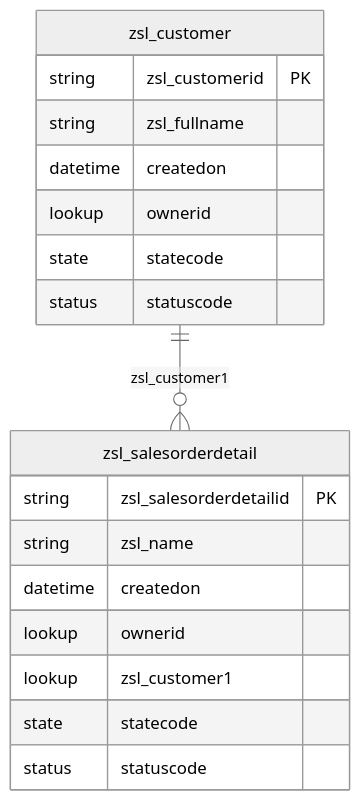
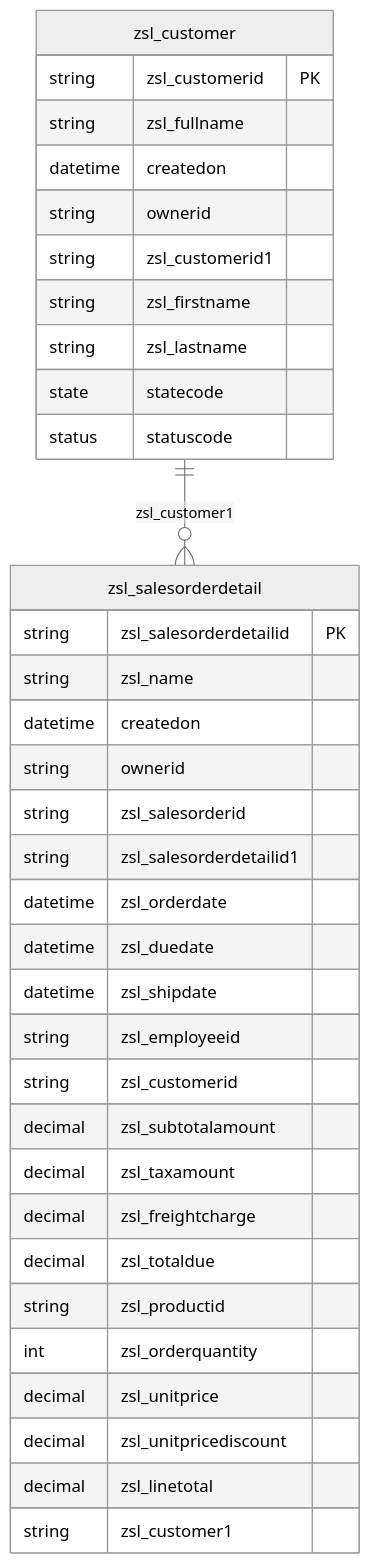
One commit to DeltaSoul/bizz-summit-2026-alm-ai-demo changed the first of 2 diagrams in src/solutions/TestSolution1/TECHNICAL_SPEC.md. Above: the diagram before and after it, drawn with Mermaid (neutral theme). The commit also changed other lines of this file and 1 other file, not shown here.

````diff
--- a/src/solutions/TestSolution1/TECHNICAL_SPEC.md
+++ b/src/solutions/TestSolution1/TECHNICAL_SPEC.md
@@ -17,23 +17,40 @@
 ```mermaid
 erDiagram
   zsl_customer {
     string zsl_customerid PK
     string zsl_fullname
     datetime createdon
-    lookup ownerid
+    string ownerid
+    string zsl_customerid1
+    string zsl_firstname
+    string zsl_lastname
     state statecode
     status statuscode
   }
-  
+
   zsl_salesorderdetail {
     string zsl_salesorderdetailid PK
     string zsl_name
     datetime createdon
-    lookup ownerid
-    lookup zsl_customer1
-    state statecode
-    status statuscode
+    string ownerid
+    string zsl_salesorderid
+    string zsl_salesorderdetailid1
+    datetime zsl_orderdate
+    datetime zsl_duedate
+    datetime zsl_shipdate
+    string zsl_employeeid
+    string zsl_customerid
+    decimal zsl_subtotalamount
+    decimal zsl_taxamount
+    decimal zsl_freightcharge
+    decimal zsl_totaldue
+    string zsl_productid
+    int zsl_orderquantity
+    decimal zsl_unitprice
+    decimal zsl_unitpricediscount
+    decimal zsl_linetotal
+    string zsl_customer1
   }
-  
+
   zsl_customer ||--o{ zsl_salesorderdetail : "zsl_customer1"
 ```
````
